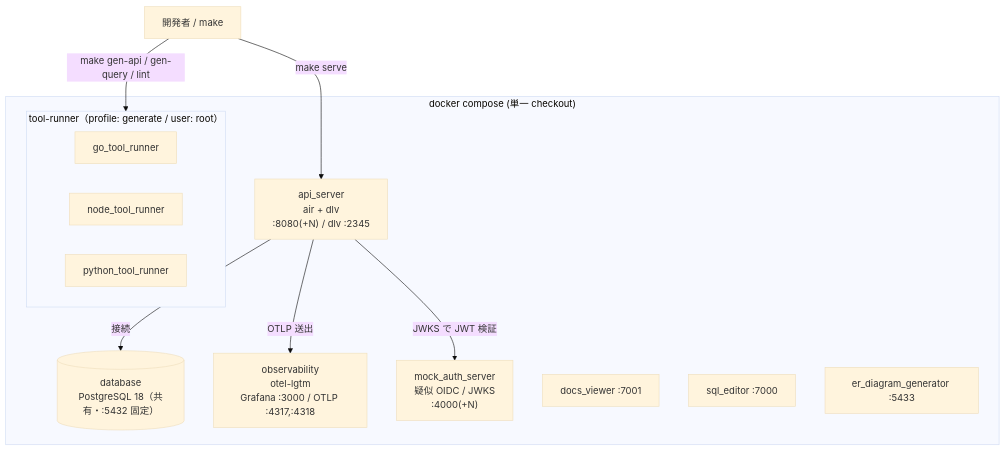
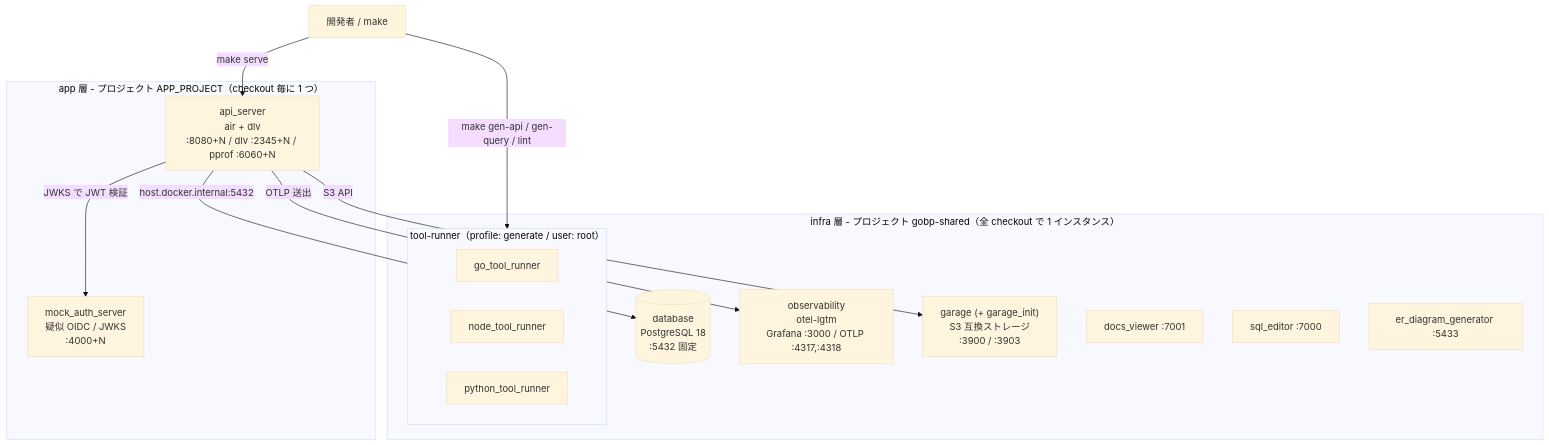
Before and after one commit to Tomy-ch/go-boilerplate: the first of 2 diagrams in docs/ja/maintenance/local-environment.ja.md, drawn with Mermaid (base theme). The commit also changed other lines of this file and 9 other files, not shown here.

````diff
--- a/docs/ja/maintenance/local-environment.ja.md
+++ b/docs/ja/maintenance/local-environment.ja.md
@@ -17,25 +17,30 @@
 ```mermaid
 graph TB
   dev["開発者 / make"]
 
-  subgraph compose["docker compose (単一 checkout)"]
-    api["api_server<br/>air + dlv<br/>:8080(+N) / dlv :2345"]
-    db[("database<br/>PostgreSQL 18（共有・:5432 固定）")]
+  subgraph infra["infra 層 - プロジェクト gobp-shared（全 checkout で 1 インスタンス）"]
+    db[("database<br/>PostgreSQL 18<br/>:5432 固定")]
     obs["observability<br/>otel-lgtm<br/>Grafana :3000 / OTLP :4317,:4318"]
-    auth["mock_auth_server<br/>疑似 OIDC / JWKS<br/>:4000(+N)"]
+    gar["garage (+ garage_init)<br/>S3 互換ストレージ<br/>:3900 / :3903"]
     docs["docs_viewer :7001"]
     sql["sql_editor :7000"]
     er["er_diagram_generator :5433"]
     subgraph runners["tool-runner（profile: generate / user: root）"]
       go["go_tool_runner"]
       node["node_tool_runner"]
       py["python_tool_runner"]
     end
   end
 
+  subgraph app["app 層 - プロジェクト APP_PROJECT（checkout 毎に 1 つ）"]
+    api["api_server<br/>air + dlv<br/>:8080+N / dlv :2345+N / pprof :6060+N"]
+    auth["mock_auth_server<br/>疑似 OIDC / JWKS<br/>:4000+N"]
+  end
+
   dev -->|make serve| api
   dev -->|make gen-api / gen-query / lint| runners
-  api -->|接続| db
+  api -->|host.docker.internal:5432| db
   api -->|OTLP 送出| obs
+  api -->|S3 API| gar
   api -->|JWKS で JWT 検証| auth
 ```
````
